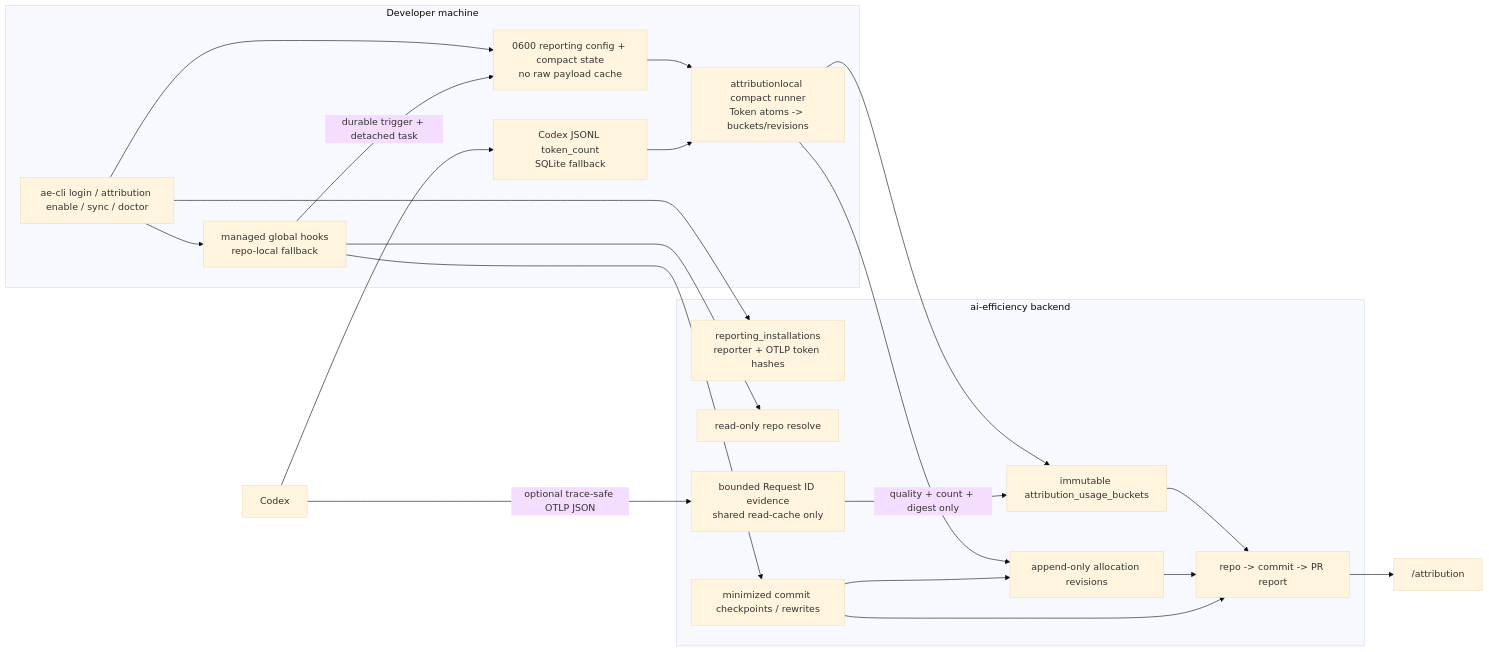
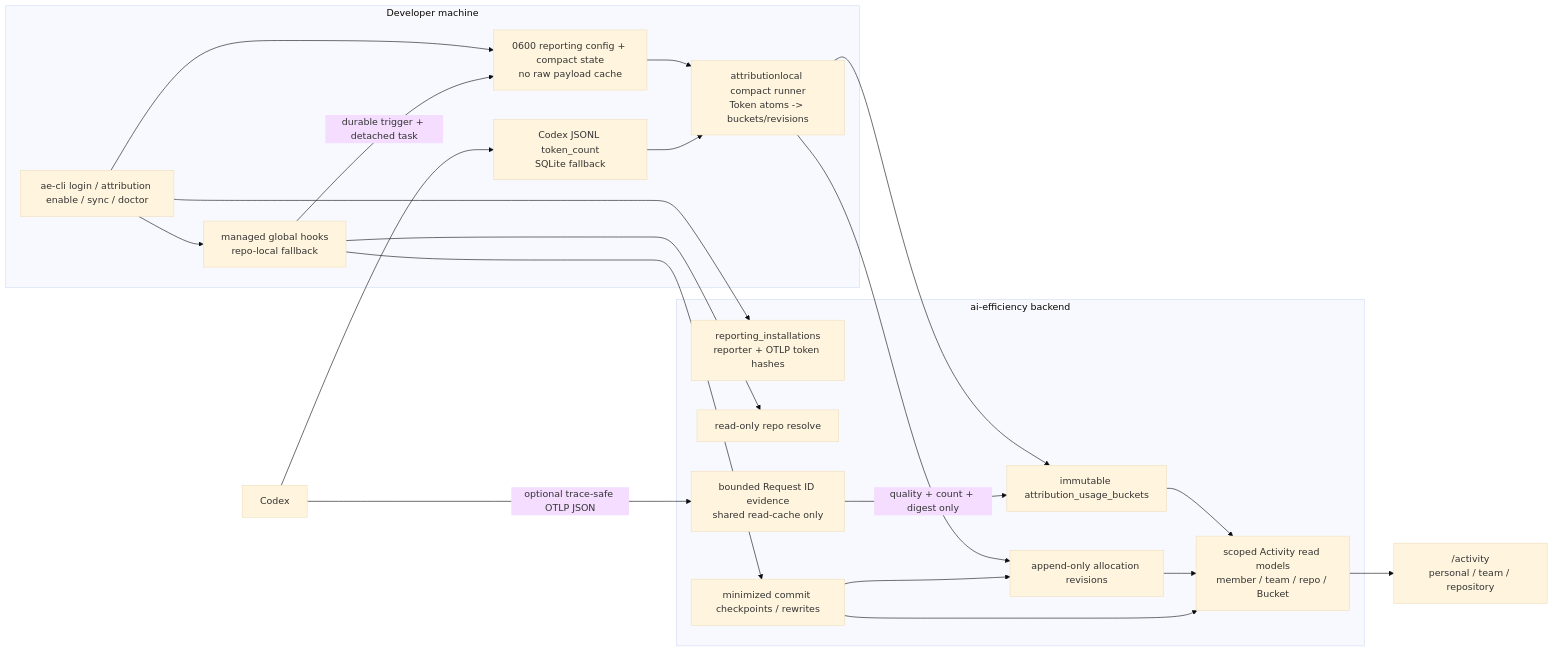
Before and after one commit to LichKing-2234/ai-efficiency: the fourth of 4 diagrams in docs/architecture.md, drawn with Mermaid (base theme). The commit also changed other lines of this file and 37 other files, not shown here.

Commit message:
feat(frontend): add Activity and repository workflows

````diff
--- a/docs/architecture.md
+++ b/docs/architecture.md
@@ -695,43 +695,43 @@
 ```mermaid
 flowchart LR
     Codex["Codex"]
 
     subgraph Local["Developer machine"]
         CLI["ae-cli login / attribution enable / sync / doctor"]
         Hooks["managed global hooks<br/>repo-local fallback"]
         JSONL["Codex JSONL token_count<br/>SQLite fallback"]
         Compact["attributionlocal compact runner<br/>Token atoms -> buckets/revisions"]
         State["0600 reporting config + compact state<br/>no raw payload cache"]
     end
 
     subgraph Backend["ai-efficiency backend"]
         Install["reporting_installations<br/>reporter + OTLP token hashes"]
         Resolve["read-only repo resolve"]
         Checkpoint["minimized commit checkpoints / rewrites"]
         Buckets["immutable attribution_usage_buckets"]
         Revisions["append-only allocation revisions"]
         Correlation["bounded Request ID evidence<br/>shared read-cache only"]
-        Report["repo -> commit -> PR report"]
+        Activity["scoped Activity read models<br/>member / team / repo / Bucket"]
     end
 
-    UI["/attribution"]
+    UI["/activity<br/>personal / team / repository"]
 
     CLI --> Install
     CLI --> Hooks
     CLI --> State
     Codex --> JSONL
     Codex -->|"optional trace-safe OTLP JSON"| Correlation
     Hooks --> Resolve
     Hooks --> Checkpoint
     Hooks -->|"durable trigger + detached task"| State
     State --> Compact
     JSONL --> Compact
     Compact --> Buckets
     Compact --> Revisions
     Checkpoint --> Revisions
     Correlation -->|"quality + count + digest only"| Buckets
-    Buckets --> Report
-    Revisions --> Report
-    Checkpoint --> Report
-    Report --> UI
+    Buckets --> Activity
+    Revisions --> Activity
+    Checkpoint --> Activity
+    Activity --> UI
 ```
````
